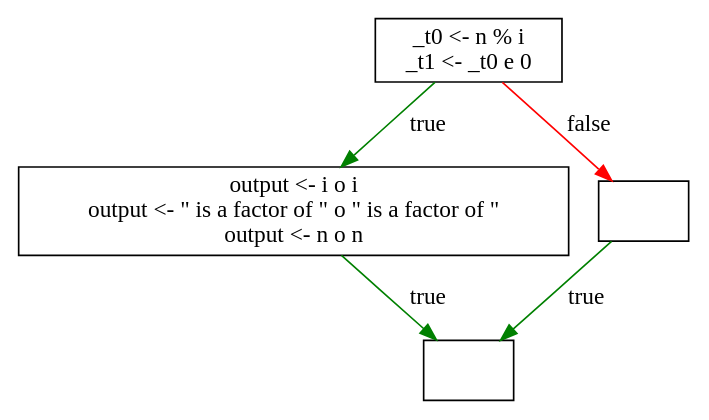
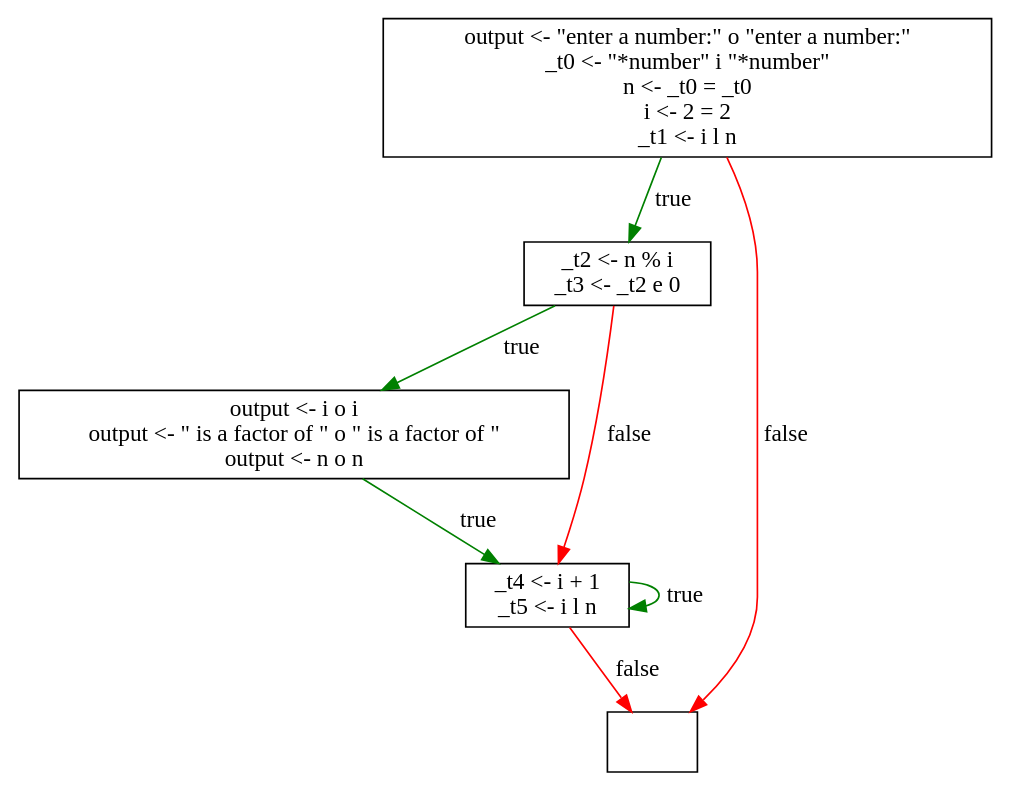
One commit to Keifa/Compiler changed the diagram in Task4/cfg.dot. Above: the diagram before and after it, drawn with Graphviz. The commit also changed 9 other files, not shown here.

```diff
--- a/Task4/cfg.dot
+++ b/Task4/cfg.dot
@@ -1,11 +1,17 @@
 digraph structs {
-blk0 [label="_t0 \<\- n % i\n_t1 \<\- _t0 e 0\n",shape="rect"];
-blk2 [label="output \<\- i o i\noutput \<\- \" is a factor of \" o \" is a factor of \"\noutput \<\- n o n\n",shape="rect"];
+blk0 [label="output \<\- \"enter a number:\" o \"enter a number:\"\n_t0 \<\- \"*number\" i \"*number\"\nn \<\- _t0 = _t0\ni \<\- 2 = 2\n_t1 \<\- i l n\n",shape="rect"];
+blk2 [label="_t2 \<\- n % i\n_t3 \<\- _t2 e 0\n",shape="rect"];
+blk4 [label="output \<\- i o i\noutput \<\- \" is a factor of \" o \" is a factor of \"\noutput \<\- n o n\n",shape="rect"];
+blk3 [label="_t4 \<\- i + 1\n_t5 \<\- i l n\n",shape="rect"];
 blk1 [label="",shape="rect"];
-blk3 [label="",shape="rect"];
+blk3 [label="_t4 \<\- i + 1\n_t5 \<\- i l n\n",shape="rect"];
+blk1 [label="",shape="rect"];
 blk1 [label="",shape="rect"];
 blk0 -> blk2 [label="true",color="green"];
-blk2 -> blk1 [label="true",color="green"];
-blk0 -> blk3 [label="false",color="red"];
-blk3 -> blk1 [label="true",color="green"];
+blk2 -> blk4 [label="true",color="green"];
+blk4 -> blk3 [label="true",color="green"];
+blk3 -> blk3 [label="true",color="green"];
+blk3 -> blk1 [label="false",color="red"];
+blk2 -> blk3 [label="false",color="red"];
+blk0 -> blk1 [label="false",color="red"];
 }
```
